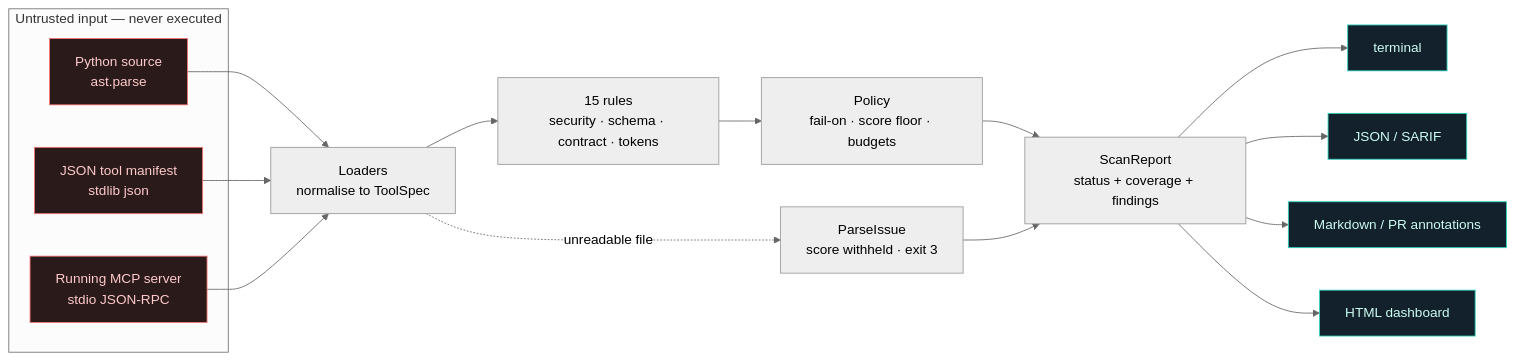
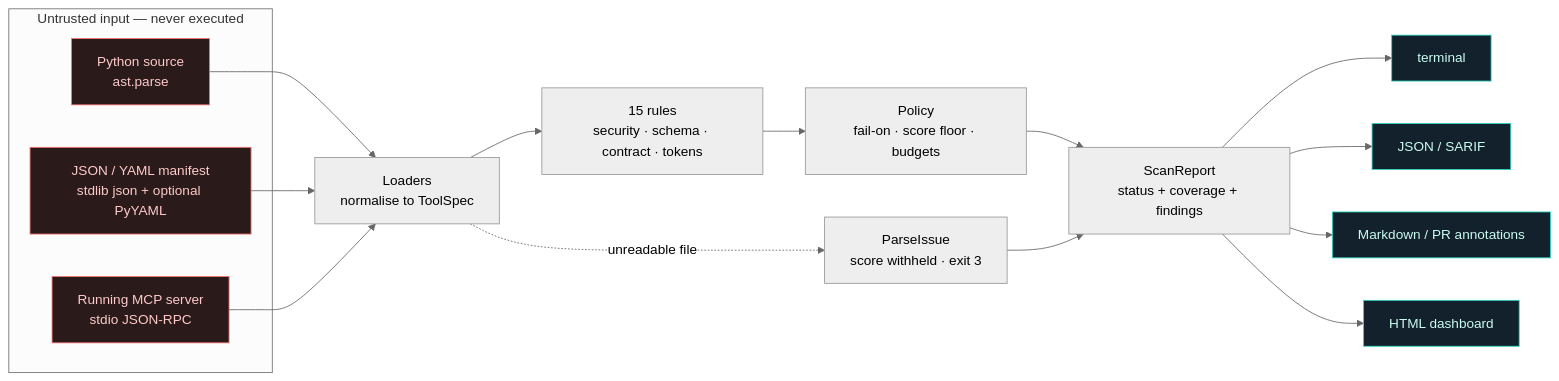
The diagram in README.md (RANJITHROSAN17/Vexar-MCP), drawn with Mermaid (neutral theme) before and after one commit. The commit also changed other lines of this file and 18 other files, not shown here.

First line of the commit message:
feat(parsers): read YAML tool manifests, closing #40

````diff
--- a/README.md
+++ b/README.md
@@ -70,29 +70,29 @@
 ```mermaid
 flowchart LR
     subgraph inputs["Untrusted input — never executed"]
         A["Python source<br/>ast.parse"]
-        B["JSON tool manifest<br/>stdlib json"]
+        B["JSON / YAML manifest<br/>stdlib json + optional PyYAML"]
         C["Running MCP server<br/>stdio JSON-RPC"]
     end
 
     A --> D["Loaders<br/>normalise to ToolSpec"]
     B --> D
     C --> D
 
     D --> E["15 rules<br/>security · schema · contract · tokens"]
     E --> F["Policy<br/>fail-on · score floor · budgets"]
     F --> G["ScanReport<br/>status + coverage + findings"]
 
     G --> H["terminal"]
     G --> I["JSON / SARIF"]
     G --> J["Markdown / PR annotations"]
     G --> K["HTML dashboard"]
 
     D -. "unreadable file" .-> L["ParseIssue<br/>score withheld · exit 3"]
     L --> G
 
     classDef untrusted fill:#2b1a1a,stroke:#f87171,color:#fecaca
     classDef out fill:#12212b,stroke:#2dd4bf,color:#ccfbf1
     class A,B,C untrusted
     class H,I,J,K out
 ```
````
